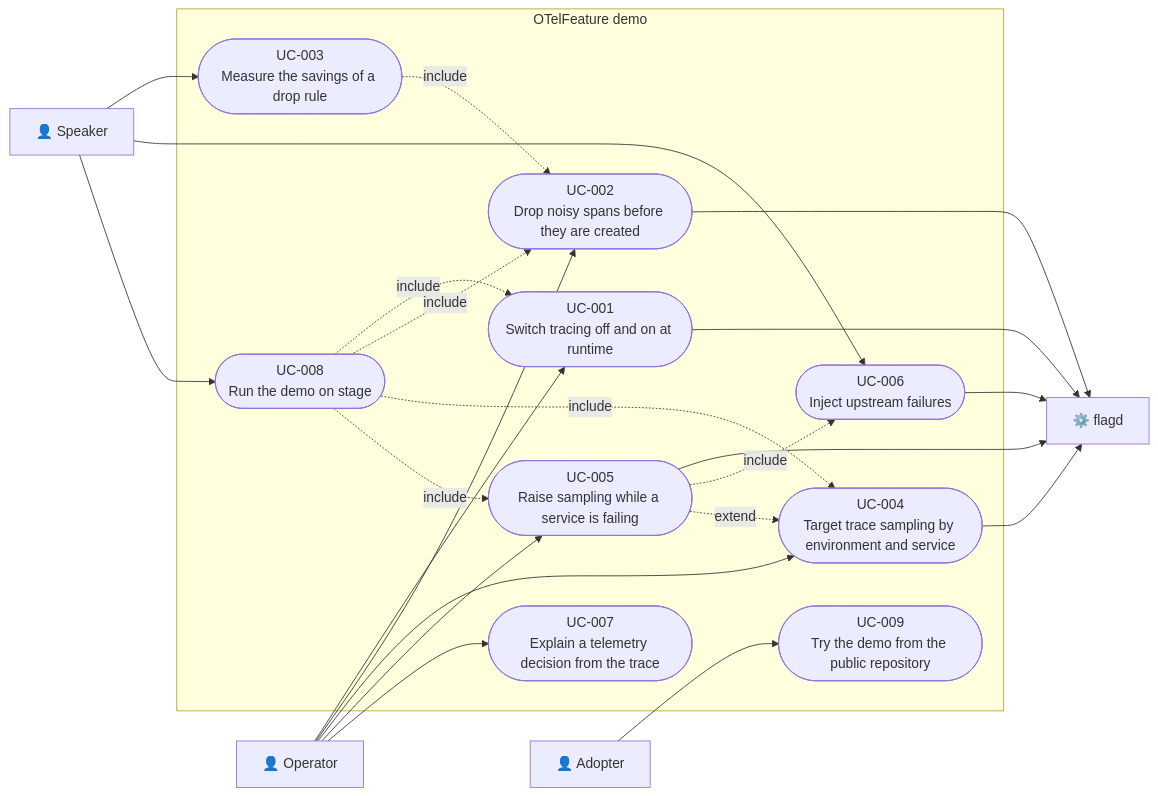
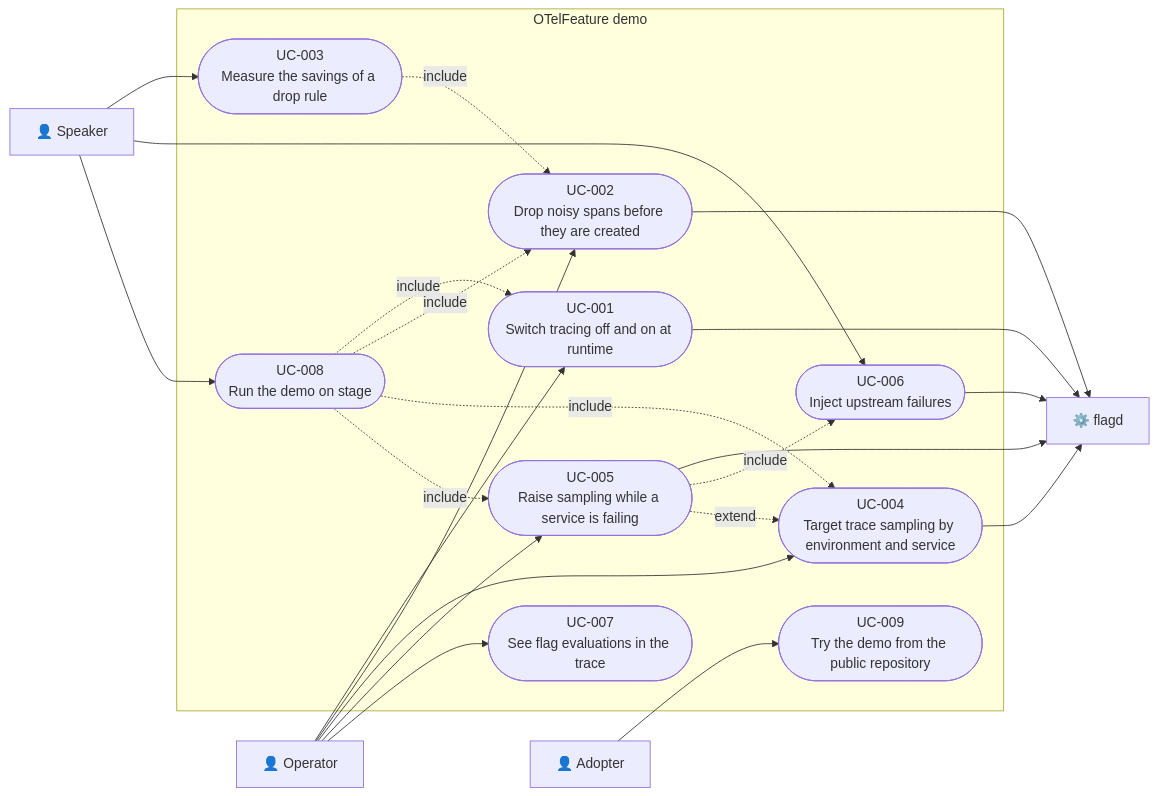
The diagram in docs/spec/use_cases.md (OTelFeature/poc), drawn with Mermaid before and after one commit. The commit also changed 16 other files, not shown here.

````diff
--- a/docs/spec/use_cases.md
+++ b/docs/spec/use_cases.md
@@ -8,43 +8,43 @@
 ```mermaid
 flowchart LR
     operator["👤 Operator"]
     speaker["👤 Speaker"]
     adopter["👤 Adopter"]
     flagd["⚙️ flagd"]
 
     subgraph demo["OTelFeature demo"]
         UC001(["UC-001<br/>Switch tracing off and on at runtime"])
         UC002(["UC-002<br/>Drop noisy spans before they are created"])
         UC003(["UC-003<br/>Measure the savings of a drop rule"])
         UC004(["UC-004<br/>Target trace sampling by environment and service"])
         UC005(["UC-005<br/>Raise sampling while a service is failing"])
         UC006(["UC-006<br/>Inject upstream failures"])
-        UC007(["UC-007<br/>Explain a telemetry decision from the trace"])
+        UC007(["UC-007<br/>See flag evaluations in the trace"])
         UC008(["UC-008<br/>Run the demo on stage"])
         UC009(["UC-009<br/>Try the demo from the public repository"])
     end
 
     operator --> UC001
     operator --> UC002
     operator --> UC004
     operator --> UC005
     operator --> UC007
     speaker --> UC003
     speaker --> UC006
     speaker --> UC008
     adopter --> UC009
 
     UC001 --> flagd
     UC002 --> flagd
     UC004 --> flagd
     UC005 --> flagd
     UC006 --> flagd
 
     UC005 -. include .-> UC006
     UC005 -. extend .-> UC004
     UC003 -. include .-> UC002
     UC008 -. include .-> UC001
     UC008 -. include .-> UC002
     UC008 -. include .-> UC004
     UC008 -. include .-> UC005
 ```
````
